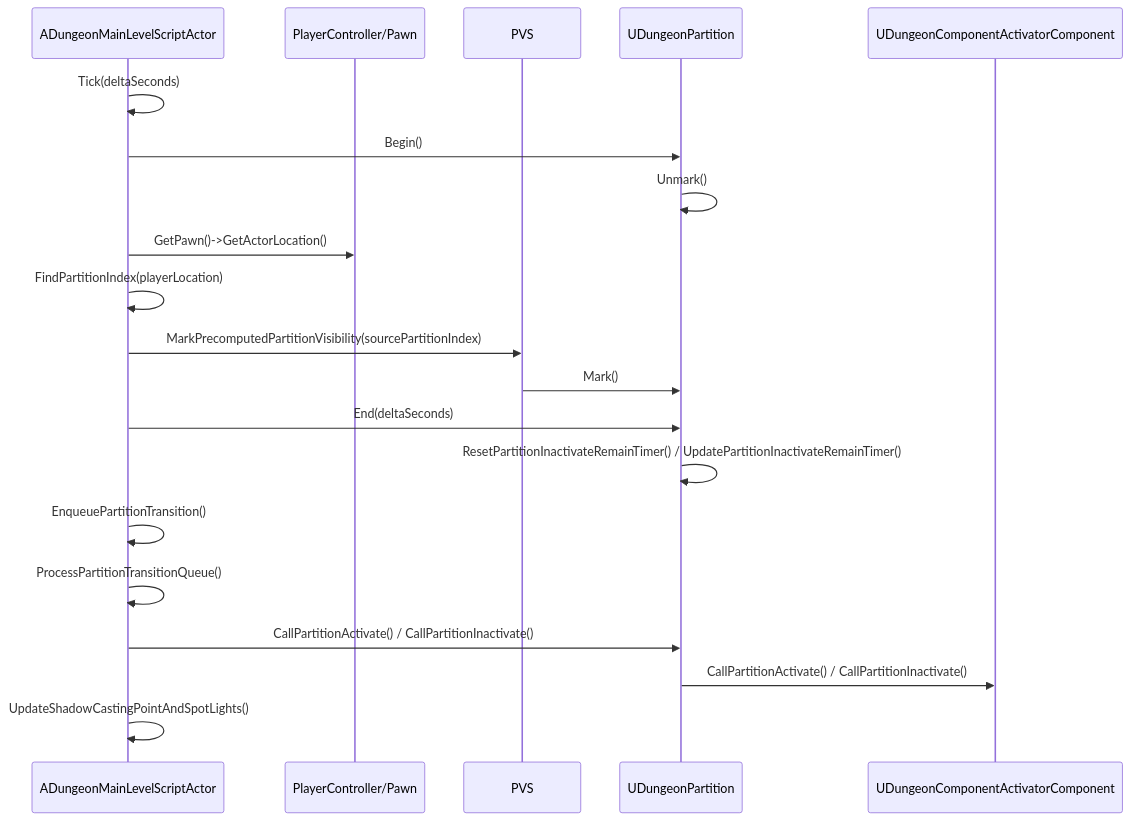
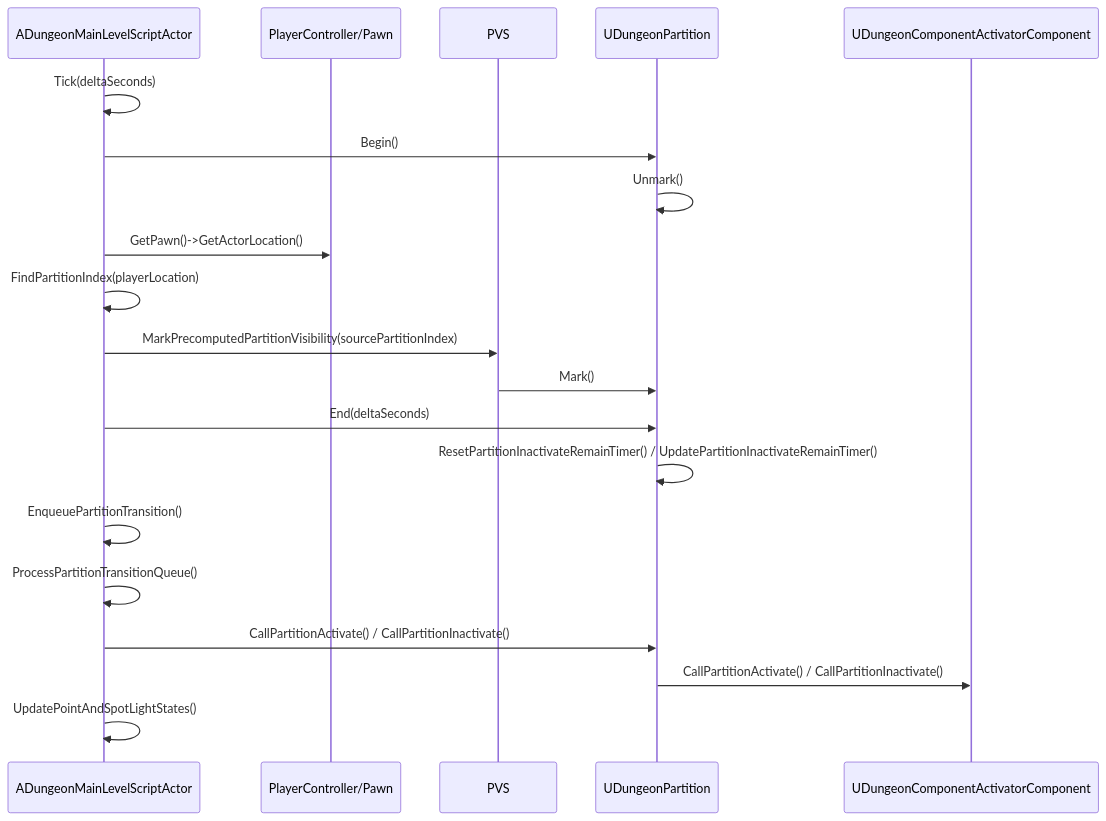
Before and after one commit to shun126/DungeonGenerator: the third of 4 diagrams in Source/DungeonGenerator/Private/MainLevel/README.md, drawn with Mermaid. The commit also changed other lines of this file and 332 other files, not shown here.

````diff
--- a/Source/DungeonGenerator/Private/MainLevel/README.md
+++ b/Source/DungeonGenerator/Private/MainLevel/README.md
@@ -93,23 +102,23 @@
 ```mermaid
 sequenceDiagram
     participant LevelScript as ADungeonMainLevelScriptActor
     participant Player as PlayerController/Pawn
     participant PVS
     participant Partition as UDungeonPartition
     participant Activator as UDungeonComponentActivatorComponent
 
     LevelScript ->> LevelScript : Tick(deltaSeconds)
     LevelScript ->> Partition : Begin()
     Partition ->> Partition : Unmark()
     LevelScript ->> Player : GetPawn()->GetActorLocation()
     LevelScript ->> LevelScript : FindPartitionIndex(playerLocation)
     LevelScript ->> PVS : MarkPrecomputedPartitionVisibility(sourcePartitionIndex)
     PVS ->> Partition : Mark()
     LevelScript ->> Partition : End(deltaSeconds)
     Partition ->> Partition : ResetPartitionInactivateRemainTimer() / UpdatePartitionInactivateRemainTimer()
     LevelScript ->> LevelScript : EnqueuePartitionTransition()
     LevelScript ->> LevelScript : ProcessPartitionTransitionQueue()
     LevelScript ->> Partition : CallPartitionActivate() / CallPartitionInactivate()
     Partition ->> Activator : CallPartitionActivate() / CallPartitionInactivate()
-    LevelScript ->> LevelScript : UpdateShadowCastingPointAndSpotLights()
+    LevelScript ->> LevelScript : UpdatePointAndSpotLightStates()
 ```
````
